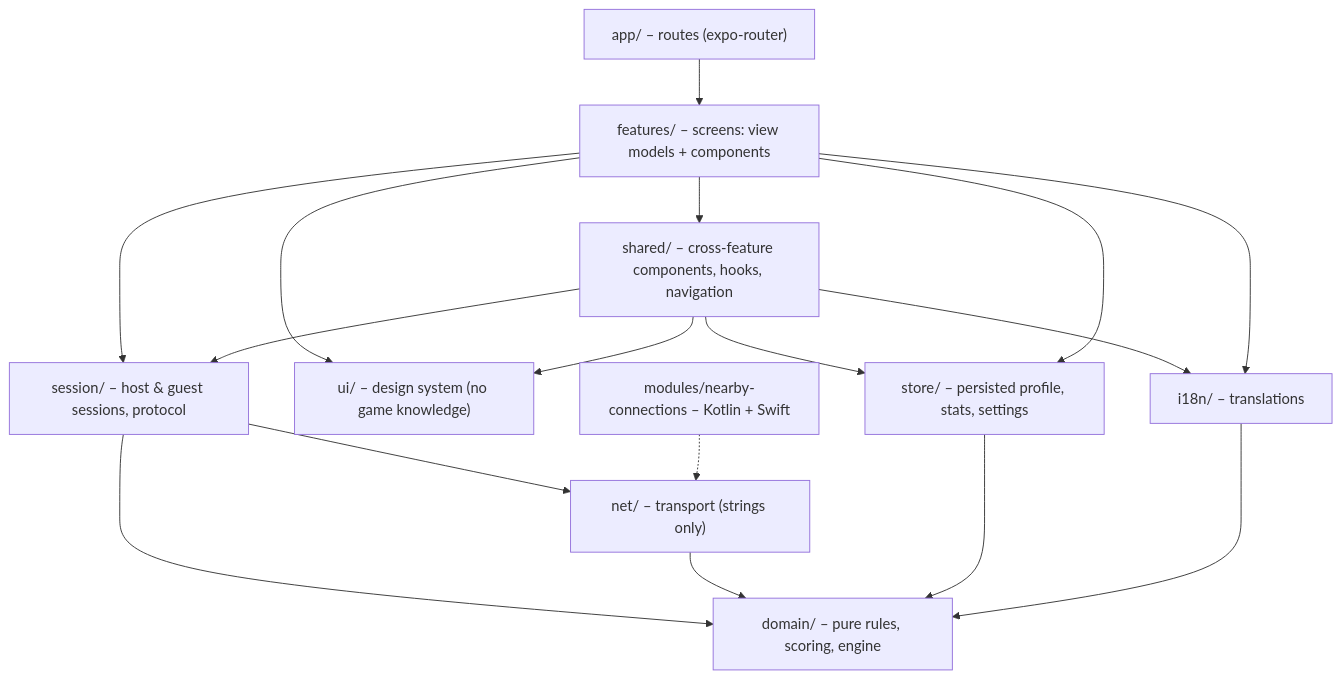
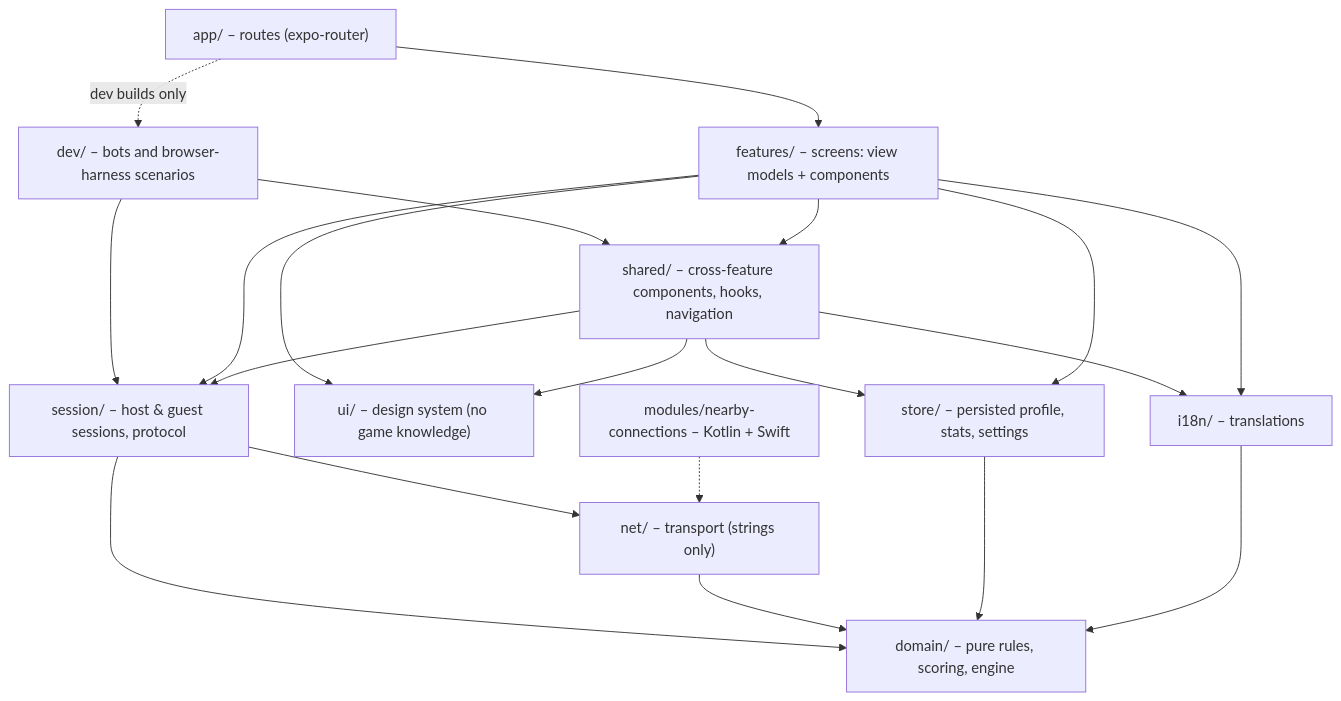
The first of 2 diagrams in docs/technical-design.md (lukasjakobi/nearby-dice), drawn with Mermaid before and after one commit. The commit also changed other lines of this file and 47 other files, not shown here.

Commit message:
feat: add a browser harness for agents to see and test the app (#25)

````diff
--- a/docs/technical-design.md
+++ b/docs/technical-design.md
@@ -34,21 +34,24 @@
 ```mermaid
 flowchart TD
   app["app/ – routes (expo-router)"] --> features
+  app -. dev builds only .-> dev
+  dev["dev/ – bots and browser-harness scenarios"] --> session
+  dev --> shared
   features["features/ – screens: view models + components"] --> session
   features --> ui
   features --> shared
   shared["shared/ – cross-feature components, hooks, navigation"] --> session
   shared --> ui
   shared --> i18n
   shared --> store
   features --> i18n
   features --> store
   session["session/ – host & guest sessions, protocol"] --> net
   session --> domain
   net["net/ – transport (strings only)"] --> domain
   store["store/ – persisted profile, stats, settings"] --> domain
   i18n["i18n/ – translations"] --> domain
   ui["ui/ – design system (no game knowledge)"]
   domain["domain/ – pure rules, scoring, engine"]
   native["modules/nearby-connections – Kotlin + Swift"] -.-> net
 ```
````
